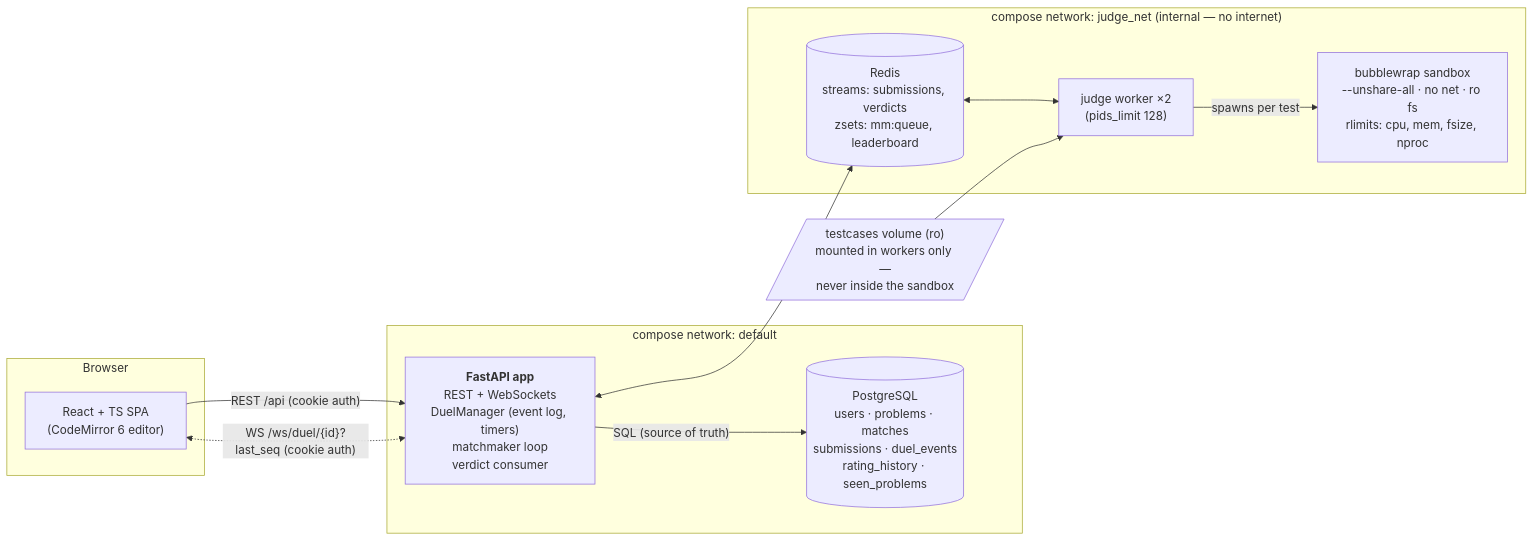
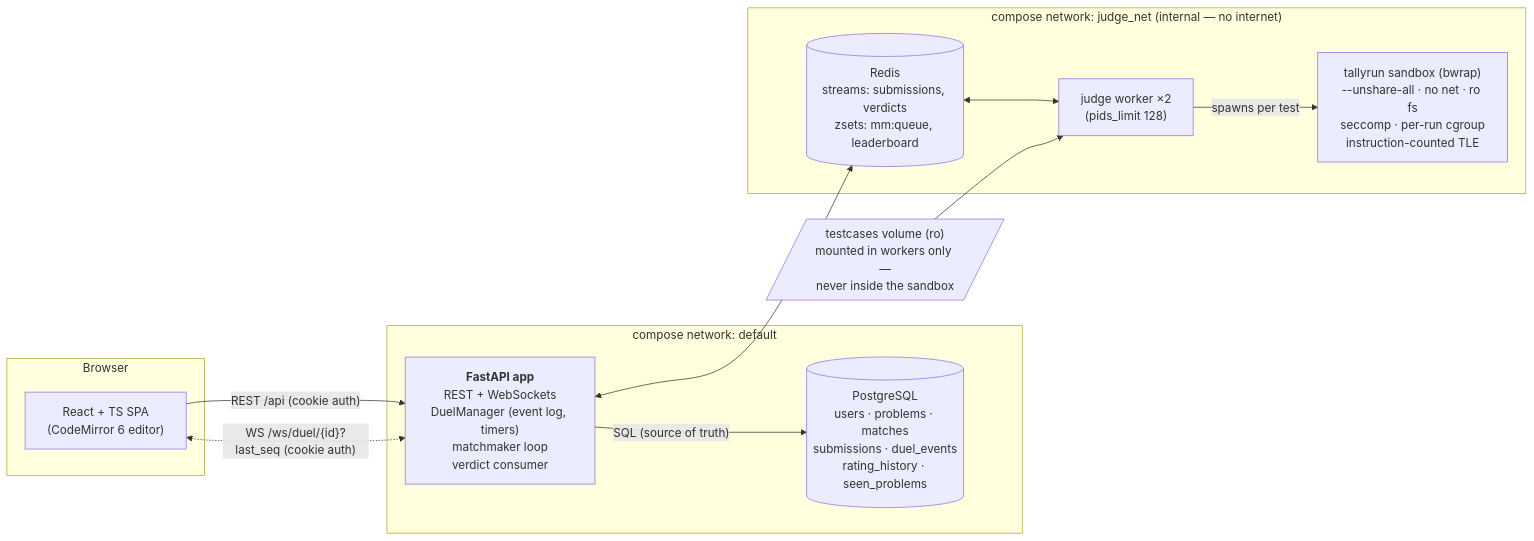
The first of 3 diagrams in docs/architecture.md (abdogad/code-clash), drawn with Mermaid before and after one commit. The commit also changed other lines of this file and 9 other files, not shown here.

Commit message:
using custom sandbox repo tallyrun for the project

````diff
--- a/docs/architecture.md
+++ b/docs/architecture.md
@@ -14,27 +14,27 @@
 ```mermaid
 flowchart LR
   subgraph client["Browser"]
     SPA["React + TS SPA<br/>(CodeMirror 6 editor)"]
   end
 
   subgraph appnet["compose network: default"]
     APP["<b>FastAPI app</b><br/>REST + WebSockets<br/>DuelManager (event log, timers)<br/>matchmaker loop<br/>verdict consumer"]
     PG[("PostgreSQL<br/>users · problems · matches<br/>submissions · duel_events<br/>rating_history · seen_problems")]
   end
 
   subgraph judgenet["compose network: judge_net (internal — no internet)"]
     REDIS[("Redis<br/>streams: submissions, verdicts<br/>zsets: mm:queue, leaderboard")]
     W1["judge worker ×2<br/>(pids_limit 128)"]
-    SB["bubblewrap sandbox<br/>--unshare-all · no net · ro fs<br/>rlimits: cpu, mem, fsize, nproc"]
+    SB["tallyrun sandbox (bwrap)<br/>--unshare-all · no net · ro fs<br/>seccomp · per-run cgroup<br/>instruction-counted TLE"]
   end
 
   TC[/"testcases volume (ro)<br/>mounted in workers only —<br/>never inside the sandbox"/]
 
   SPA -- "REST /api (cookie auth)" --> APP
   SPA <-. "WS /ws/duel/{id}?last_seq (cookie auth)" .-> APP
   APP -- "SQL (source of truth)" --> PG
   APP <--> REDIS
   REDIS <--> W1
   W1 -- "spawns per test" --> SB
   TC --> W1
 ```
````
